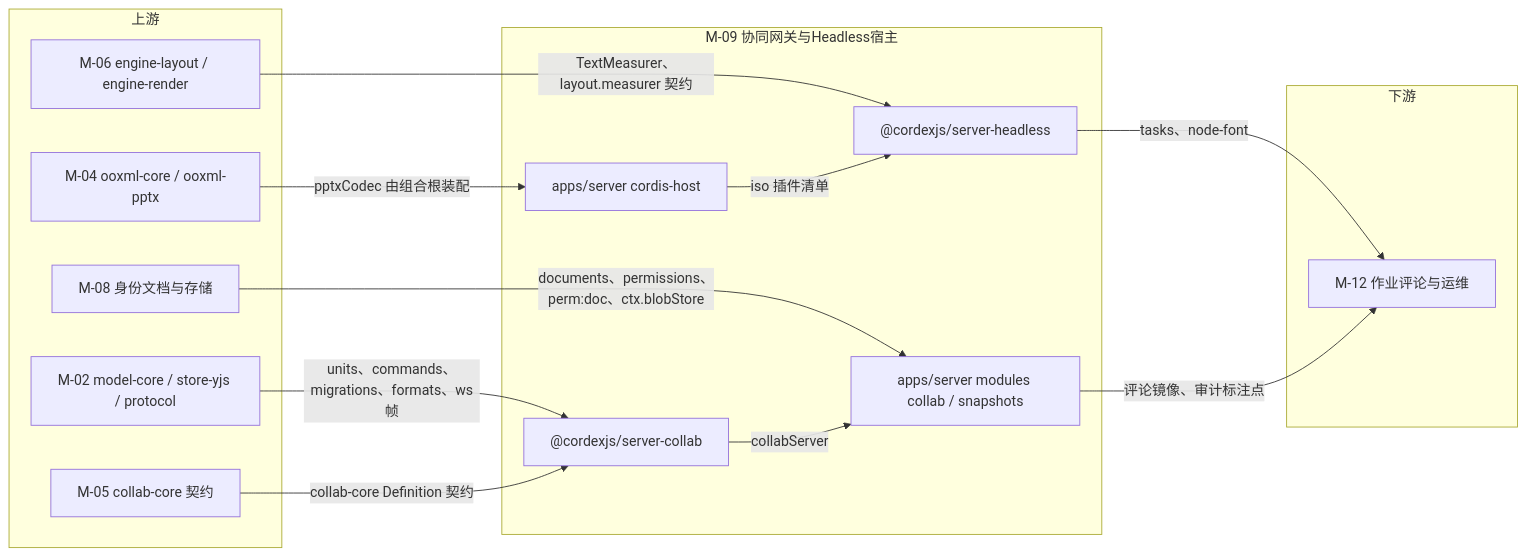
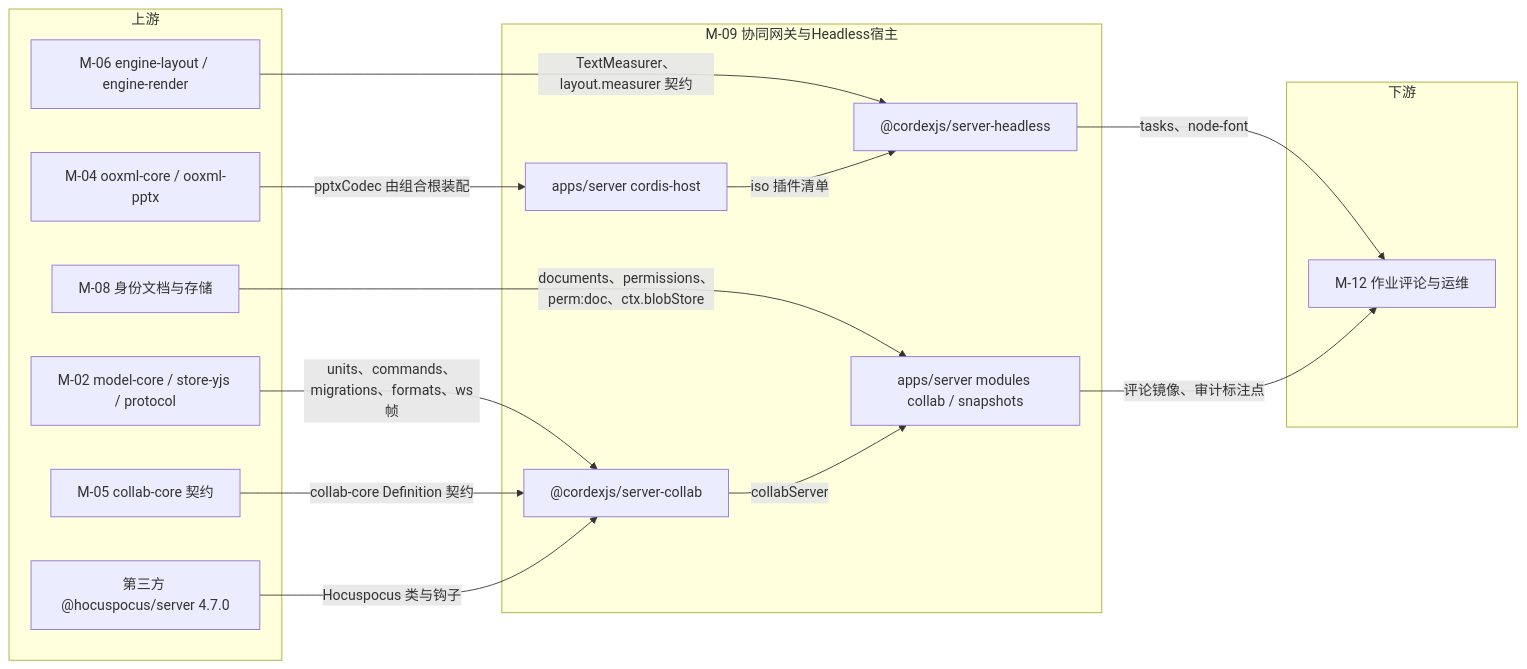
One commit to Xeonice/cordis-ppt-editor changed the first of 11 diagrams in docs/40-modules/09-server-collab-gateway-and-headless-host.md. Above: the diagram before and after it, drawn with Mermaid. The commit also changed other lines of this file and 78 other files, not shown here.

````diff
--- a/docs/40-modules/09-server-collab-gateway-and-headless-host.md
+++ b/docs/40-modules/09-server-collab-gateway-and-headless-host.md
@@ -26,28 +28,30 @@
 ```mermaid
 flowchart LR
 subgraph up["上游"]
   m02["M-02 model-core / store-yjs / protocol"]
   m04["M-04 ooxml-core / ooxml-pptx"]
   m05["M-05 collab-core 契约"]
   m06["M-06 engine-layout / engine-render"]
   m08["M-08 身份文档与存储"]
+  hp["第三方 @hocuspocus/server 4.7.0"]
 end
 subgraph mod["M-09 协同网关与Headless宿主"]
   collabNest["apps/server modules collab / snapshots"]
   hostNest["apps/server cordis-host"]
   collabPkg["@cordexjs/server-collab"]
   headlessPkg["@cordexjs/server-headless"]
 end
 subgraph down["下游"]
   m12["M-12 作业评论与运维"]
 end
 m02 -- "units、commands、migrations、formats、ws帧" --> collabPkg
 m04 -- "pptxCodec 由组合根装配" --> hostNest
 m05 -- "collab-core Definition 契约" --> collabPkg
+hp -- "Hocuspocus 类与钩子" --> collabPkg
 m06 -- "TextMeasurer、layout.measurer 契约" --> headlessPkg
 m08 -- "documents、permissions、perm:doc、ctx.blobStore" --> collabNest
 hostNest -- "iso 插件清单" --> headlessPkg
 collabPkg -- "collabServer" --> collabNest
 headlessPkg -- "tasks、node-font" --> m12
 collabNest -- "评论镜像、审计标注点" --> m12
 ```
````
